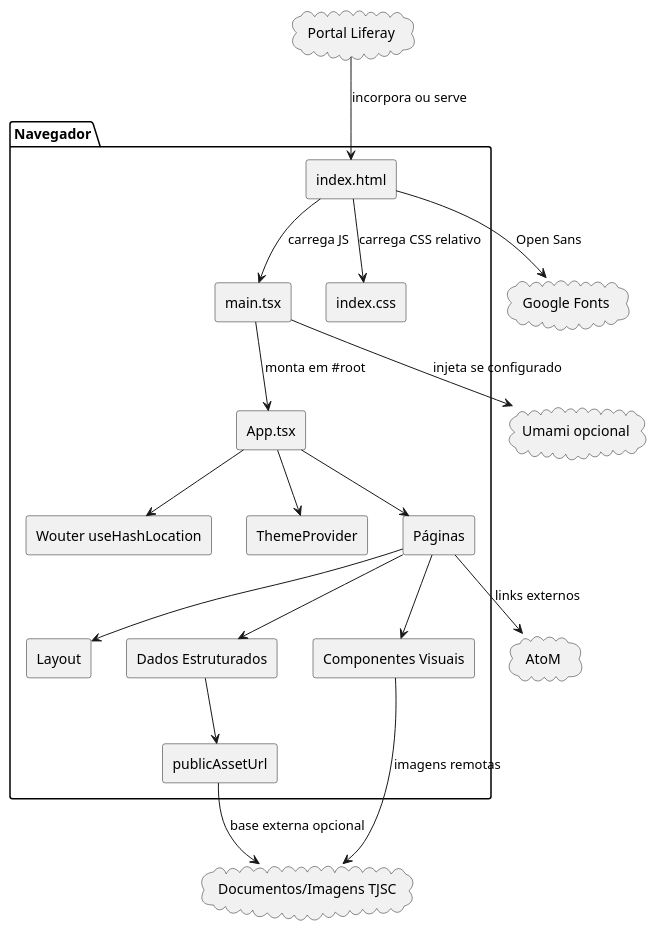
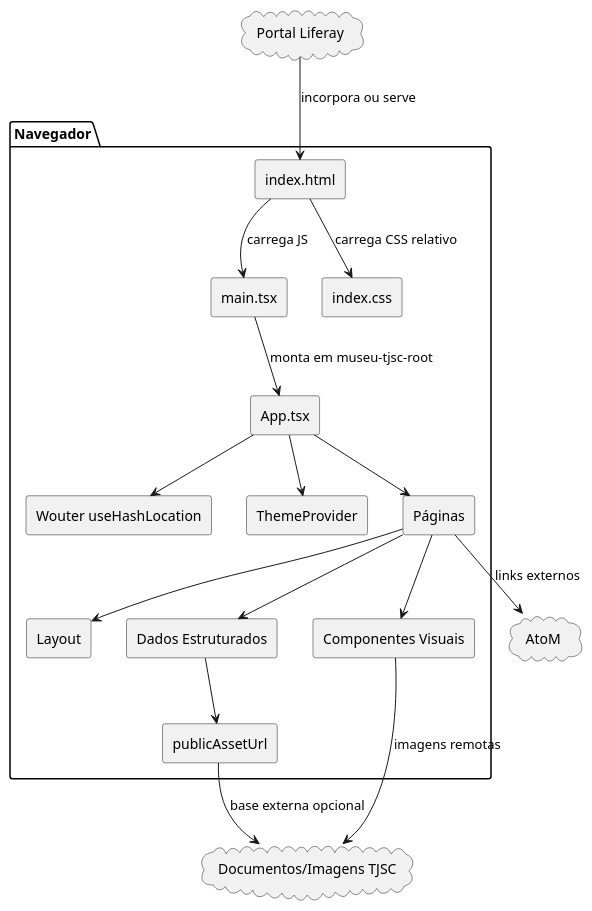
One commit to guilhermespamplona-prog/museu-tjsc changed the second of 8 diagrams in docs/arquitetura-uml.md. Above: the diagram before and after it, drawn with PlantUML. The commit also changed other lines of this file and 33 other files, not shown here.

````diff
--- a/docs/arquitetura-uml.md
+++ b/docs/arquitetura-uml.md
@@ -490,43 +483,39 @@
 ```plantuml
 @startuml
 skinparam componentStyle rectangle
 
 package "Navegador" {
   component "index.html" as Html
   component "main.tsx" as Main
   component "App.tsx" as App
   component "Wouter useHashLocation" as Router
   component "ThemeProvider" as Theme
   component "Layout" as Layout
   component "Páginas" as Pages
   component "Componentes Visuais" as Visual
   component "Dados Estruturados" as Data
   component "publicAssetUrl" as AssetUrl
   component "index.css" as Css
 }
 
 cloud "Portal Liferay" as Liferay
 cloud "AtoM" as Atom
 cloud "Documentos/Imagens TJSC" as Docs
-cloud "Google Fonts" as Fonts
-cloud "Umami opcional" as Umami
 
 Liferay --> Html : incorpora ou serve
 Html --> Main : carrega JS
 Html --> Css : carrega CSS relativo
-Html --> Fonts : Open Sans
-Main --> Umami : injeta se configurado
-Main --> App : monta em #root
+Main --> App : monta em museu-tjsc-root
 App --> Router
 App --> Theme
 App --> Pages
 Pages --> Layout
 Pages --> Visual
 Pages --> Data
 Data --> AssetUrl
 Visual --> Docs : imagens remotas
 Pages --> Atom : links externos
 AssetUrl --> Docs : base externa opcional
 
 @enduml
 ```
````
